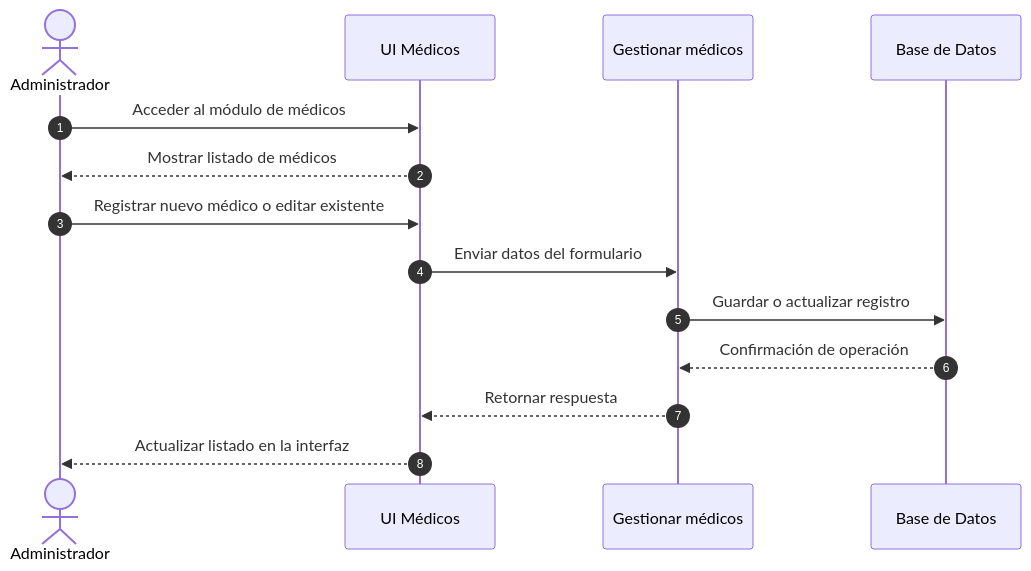
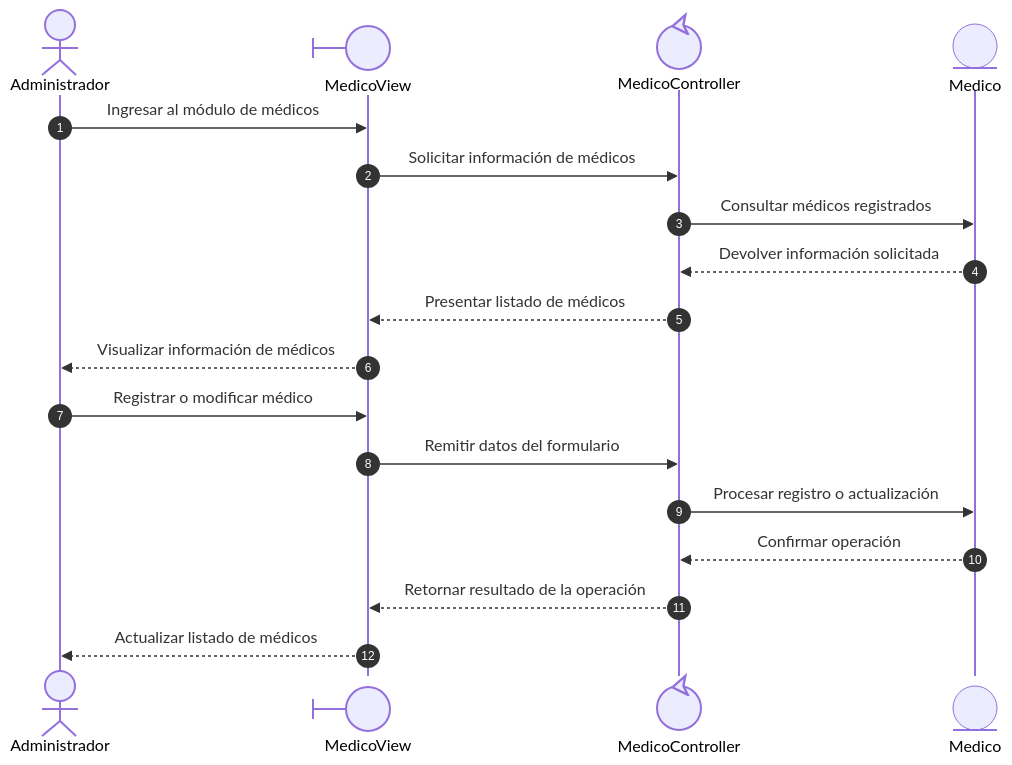
Before and after one commit to MAYnerAC/proyecto-clt: the fourth of 7 diagrams in README.md, drawn with Mermaid. The commit also changed other lines of this file, not shown here.

Commit message:
Diagramas - Observaciones

````diff
--- a/README.md
+++ b/README.md
@@ -80,18 +107,29 @@
 ```mermaid
 sequenceDiagram
     autonumber
-    actor A1 as Administrador
-    participant UI_Medicos as UI Médicos
-    participant Gestionar_Medicos as Gestionar médicos
-    participant BD as Base de Datos
 
-    A1 ->> UI_Medicos: Acceder al módulo de médicos
-    UI_Medicos -->> A1: Mostrar listado de médicos
-    A1 ->> UI_Medicos: Registrar nuevo médico o editar existente
-    UI_Medicos ->> Gestionar_Medicos: Enviar datos del formulario
-    Gestionar_Medicos ->> BD: Guardar o actualizar registro
-    BD -->> Gestionar_Medicos: Confirmación de operación
-    Gestionar_Medicos -->> UI_Medicos: Retornar respuesta
-    UI_Medicos -->> A1: Actualizar listado en la interfaz
+    actor Administrador
+
+    participant MedicoView@{ "type": "boundary" }
+    participant MedicoController@{ "type": "control" }
+    participant Medico@{ "type": "entity" }
+
+    Administrador ->> MedicoView: Ingresar al módulo de médicos
+    MedicoView ->> MedicoController: Solicitar información de médicos
+
+    MedicoController ->> Medico: Consultar médicos registrados
+    Medico -->> MedicoController: Devolver información solicitada
+
+    MedicoController -->> MedicoView: Presentar listado de médicos
+    MedicoView -->> Administrador: Visualizar información de médicos
+
+    Administrador ->> MedicoView: Registrar o modificar médico
+    MedicoView ->> MedicoController: Remitir datos del formulario
+
+    MedicoController ->> Medico: Procesar registro o actualización
+    Medico -->> MedicoController: Confirmar operación
+
+    MedicoController -->> MedicoView: Retornar resultado de la operación
+    MedicoView -->> Administrador: Actualizar listado de médicos
 
 ```
````
